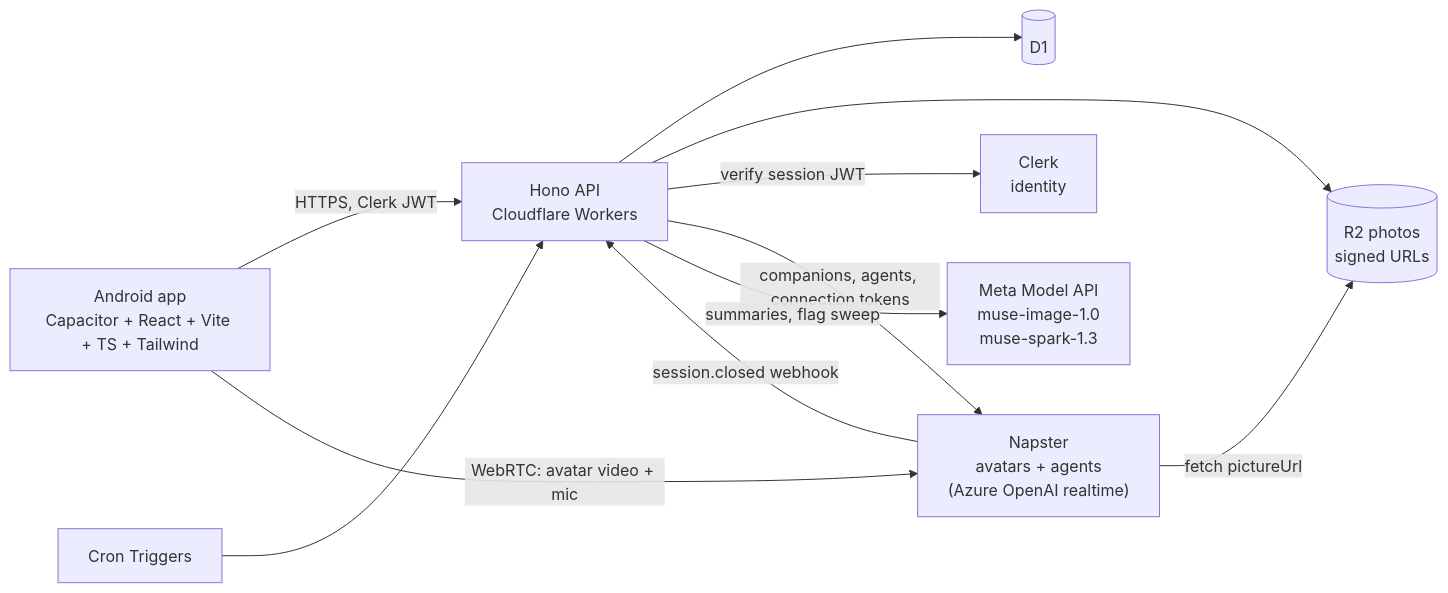
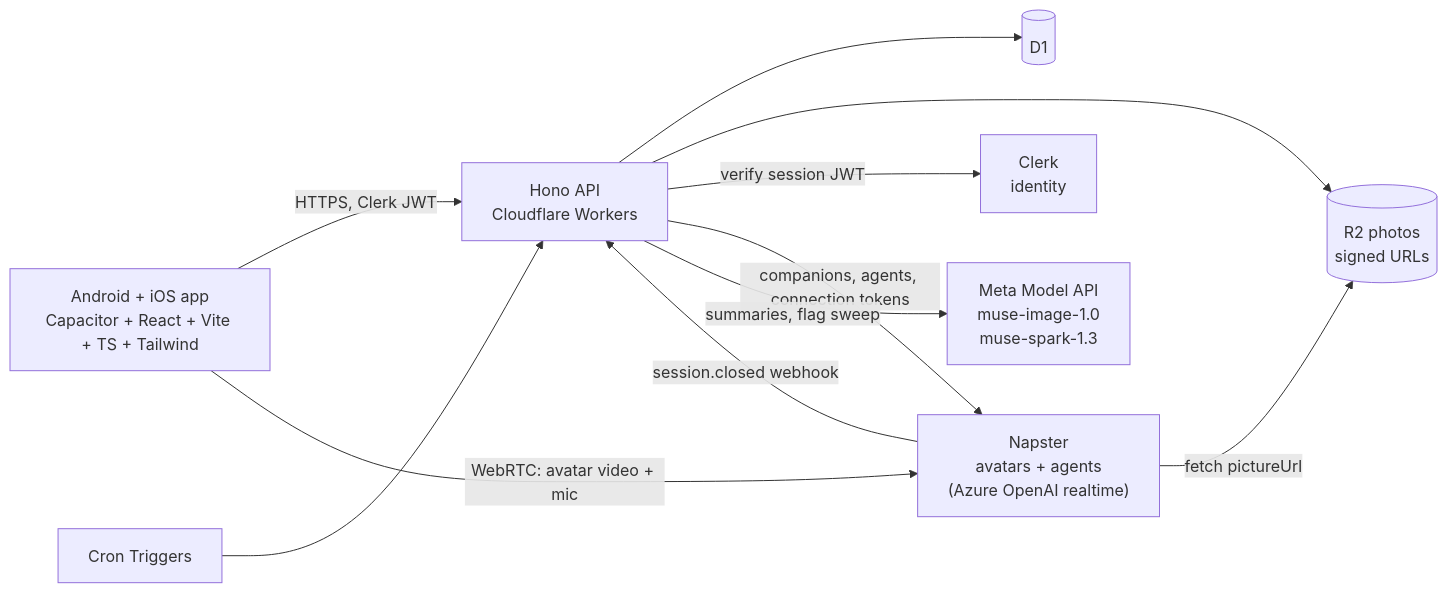
One commit to mallelavamshi/everthere changed the diagram in README.md. Above: the diagram before and after it, drawn with Mermaid. The commit also changed other lines of this file, not shown here.

Commit message:
docs(readme): the app now also builds for iOS (simulator build in CI, see docs/ios.md)

````diff
--- a/README.md
+++ b/README.md
@@ -27,22 +27,22 @@
 ```mermaid
 flowchart LR
-  App["Android app<br/>Capacitor + React + Vite + TS + Tailwind"]
+  App["Android + iOS app<br/>Capacitor + React + Vite + TS + Tailwind"]
   API["Hono API<br/>Cloudflare Workers"]
   D1[("D1")]
   R2[("R2 photos<br/>signed URLs")]
   Cron["Cron Triggers"]
   Clerk["Clerk<br/>identity"]
   Napster["Napster<br/>avatars + agents<br/>(Azure OpenAI realtime)"]
   Meta["Meta Model API<br/>muse-image-1.0<br/>muse-spark-1.3"]
 
   App -- "HTTPS, Clerk JWT" --> API
   App -- "WebRTC: avatar video + mic" --> Napster
   API --> D1
   API --> R2
   Cron --> API
   API -- "verify session JWT" --> Clerk
   API -- "companions, agents, connection tokens" --> Napster
   Napster -- "fetch pictureUrl" --> R2
   Napster -- "session.closed webhook" --> API
   API -- "summaries, flag sweep" --> Meta
 ```
````
